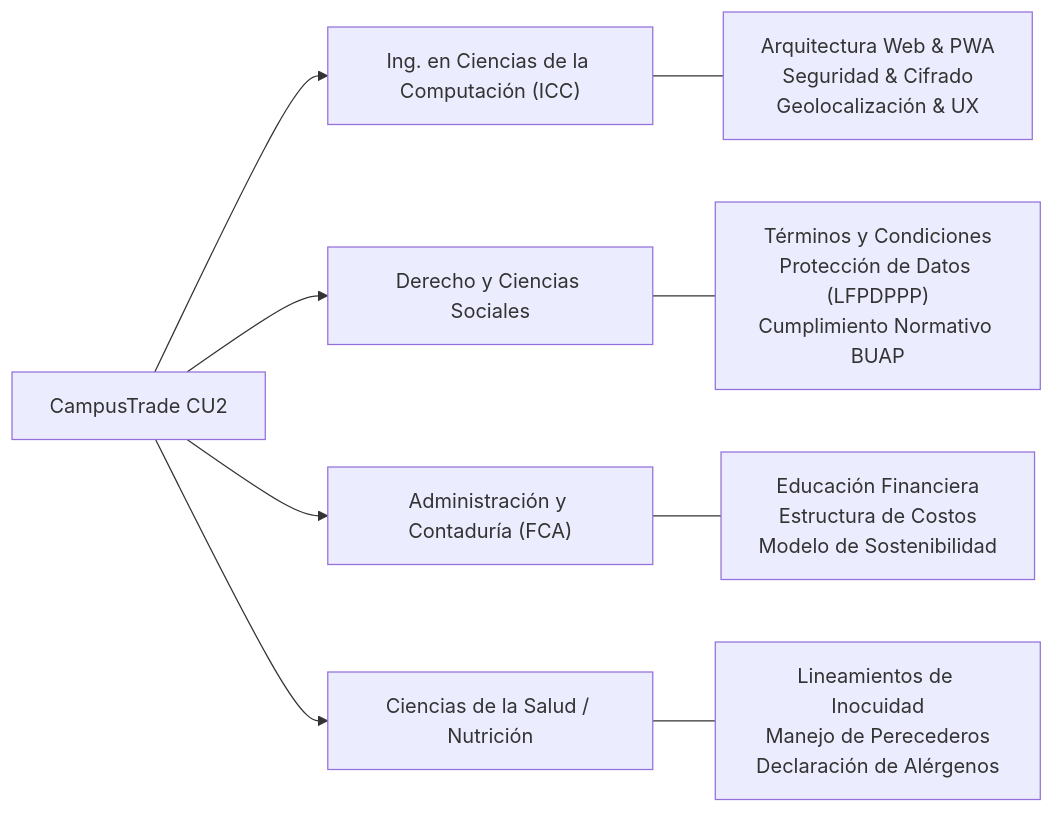
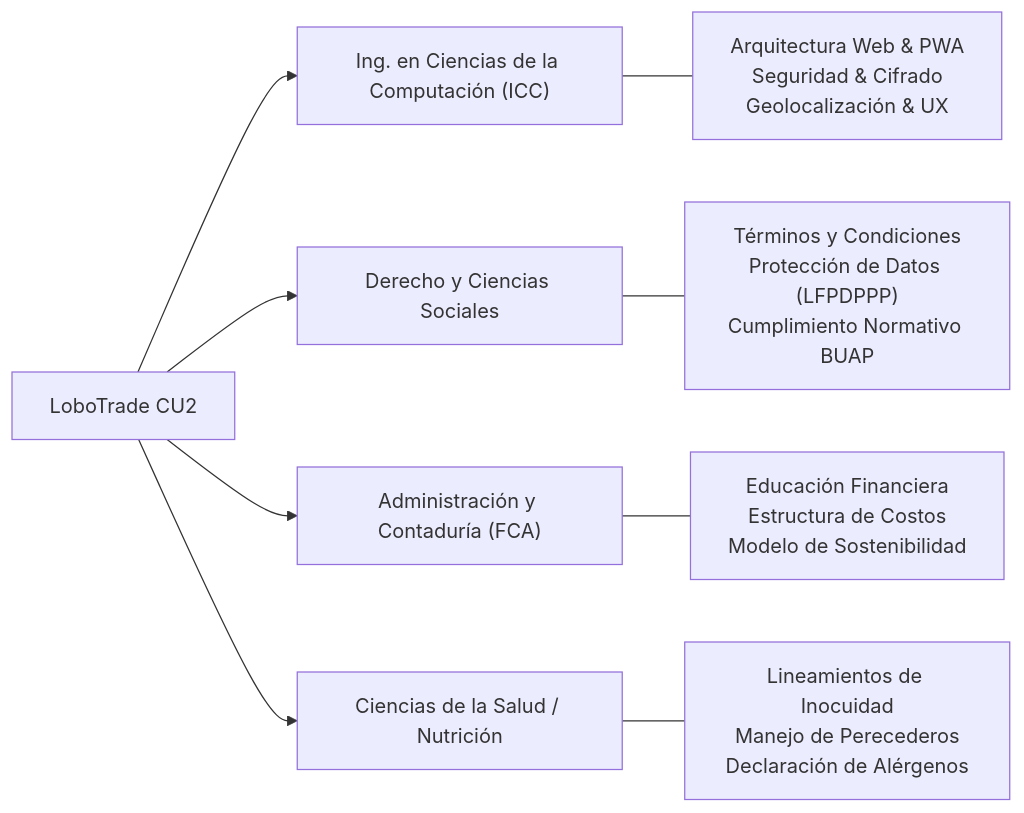
One commit to ImJavsAg/CampusTrade-CU2 changed the second of 2 diagrams in docs/PROYECTO_INNOVACION_CAMPUSTRADE_CU2_BUAP.md. Above: the diagram before and after it, drawn with Mermaid. The commit also changed other lines of this file and 3 other files, not shown here.

````diff
--- a/docs/PROYECTO_INNOVACION_CAMPUSTRADE_CU2_BUAP.md
+++ b/docs/PROYECTO_INNOVACION_CAMPUSTRADE_CU2_BUAP.md
@@ -112,12 +112,12 @@
 ```mermaid
 graph LR
-    A["CampusTrade CU2"] --> B["Ing. en Ciencias de la Computación (ICC)"]
+    A["LoboTrade CU2"] --> B["Ing. en Ciencias de la Computación (ICC)"]
     A --> C["Derecho y Ciencias Sociales"]
     A --> D["Administración y Contaduría (FCA)"]
     A --> E["Ciencias de la Salud / Nutrición"]
 
     B --- B1["Arquitectura Web & PWA<br>Seguridad & Cifrado<br>Geolocalización & UX"]
     C --- C1["Términos y Condiciones<br>Protección de Datos (LFPDPPP)<br>Cumplimiento Normativo BUAP"]
     D --- D1["Educación Financiera<br>Estructura de Costos<br>Modelo de Sostenibilidad"]
     E --- E1["Lineamientos de Inocuidad<br>Manejo de Perecederos<br>Declaración de Alérgenos"]
 ```
````
